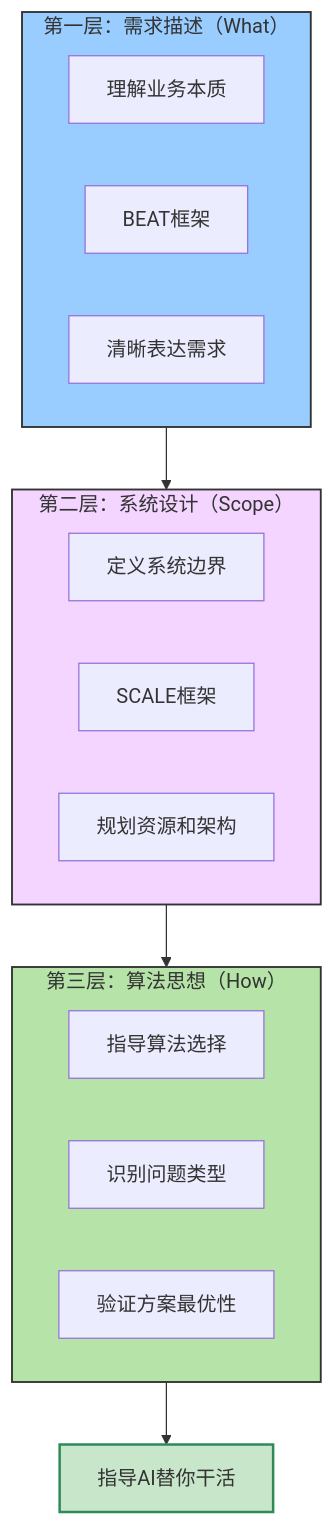
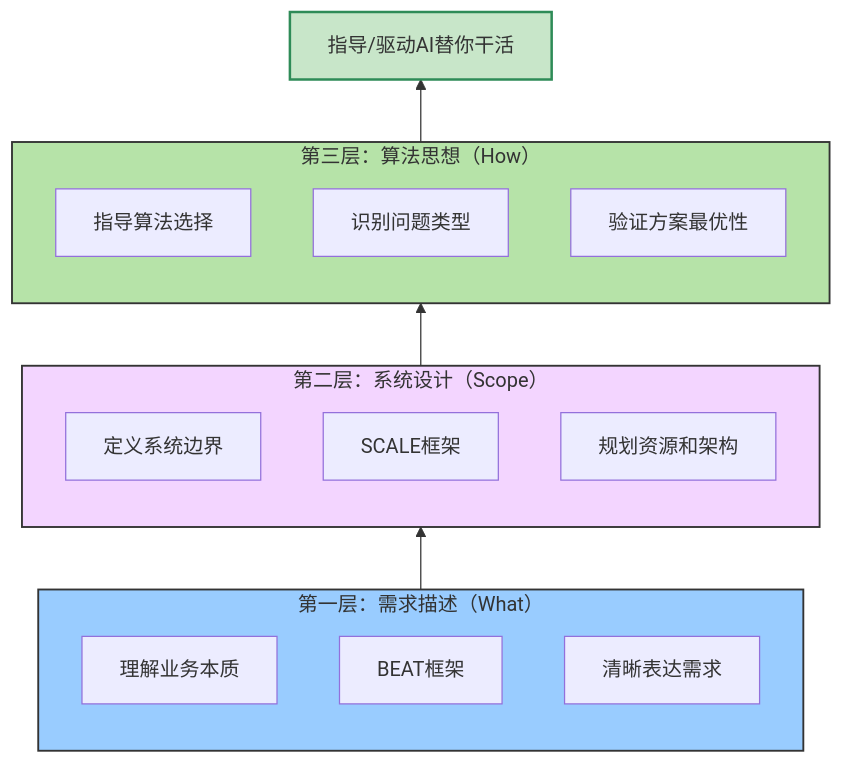
Diagram 14 of 18 in start-here/AI-Era-Programmers-as-Agent-Engineers.md (microwind/algorithms), drawn with Mermaid before and after one commit. The commit also changed 14 other files, not shown here.

````diff
--- a/start-here/AI-Era-Programmers-as-Agent-Engineers.md
+++ b/start-here/AI-Era-Programmers-as-Agent-Engineers.md
@@ -610,35 +610,35 @@
 ```mermaid
-flowchart TD
+flowchart BT
     %% 最终结果在顶部
-    D["指导AI替你干活"]
+    D["指导/驱动AI替你干活"]
 
     %% 第三层：算法思想（最接近顶部）
     subgraph L3["第三层：算法思想（How）"]
         C1["指导算法选择"]
         C2["识别问题类型"]
         C3["验证方案最优性"]
     end
 
     %% 第二层：系统设计
     subgraph L2["第二层：系统设计（Scope）"]
         B1["定义系统边界"]
         B2["SCALE框架"]
         B3["规划资源和架构"]
     end
 
     %% 第一层：需求描述（最底部）
     subgraph L1["第一层：需求描述（What）"]
         A1["理解业务本质"]
         A2["BEAT框架"]
         A3["清晰表达需求"]
     end
 
     %% 流程箭头：从底到顶
     L1 --> L2 --> L3 --> D
 
     %% 样式
     style L1 fill:#99ccff,stroke:#333,stroke-width:1.5px
     style L2 fill:#f3d5ff,stroke:#333,stroke-width:1.5px
     style L3 fill:#b6e3a8,stroke:#333,stroke-width:1.5px
     style D fill:#c8e6c9,stroke:#2E8B57,stroke-width:2px
 ```
````
